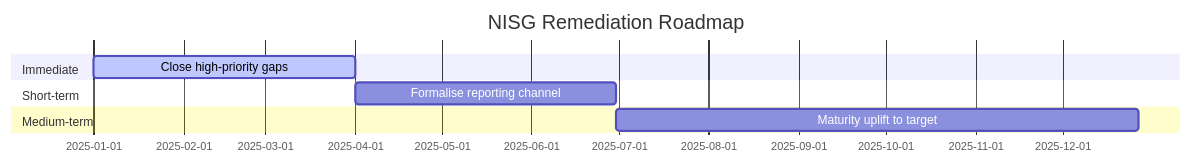
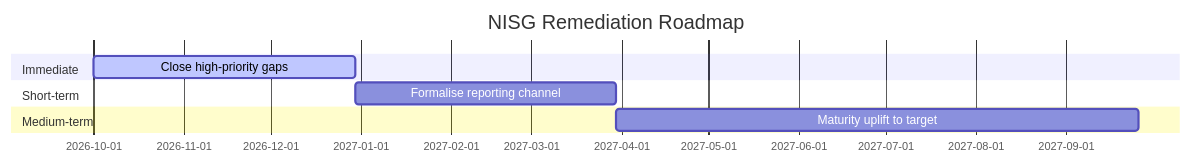
One commit to tractorjuice/arc-kit changed the diagram in plugins/arckit-claude/plugins/at/templates/at-nisg-template.md. Above: the diagram before and after it, drawn with Mermaid. The commit also changed other lines of this file and 23 other files, not shown here.

````diff
--- a/plugins/arckit-claude/plugins/at/templates/at-nisg-template.md
+++ b/plugins/arckit-claude/plugins/at/templates/at-nisg-template.md
@@ -202,11 +202,11 @@
 ```mermaid
 gantt
 title NISG Remediation Roadmap
 dateFormat YYYY-MM-DD
 section Immediate
-Close high-priority gaps :active, a1, 2025-01-01, 90d
+Close high-priority gaps :active, a1, 2026-10-01, 90d
 section Short-term
 Formalise reporting channel :a2, after a1, 90d
 section Medium-term
 Maturity uplift to target :a3, after a2, 180d
 ```
````
